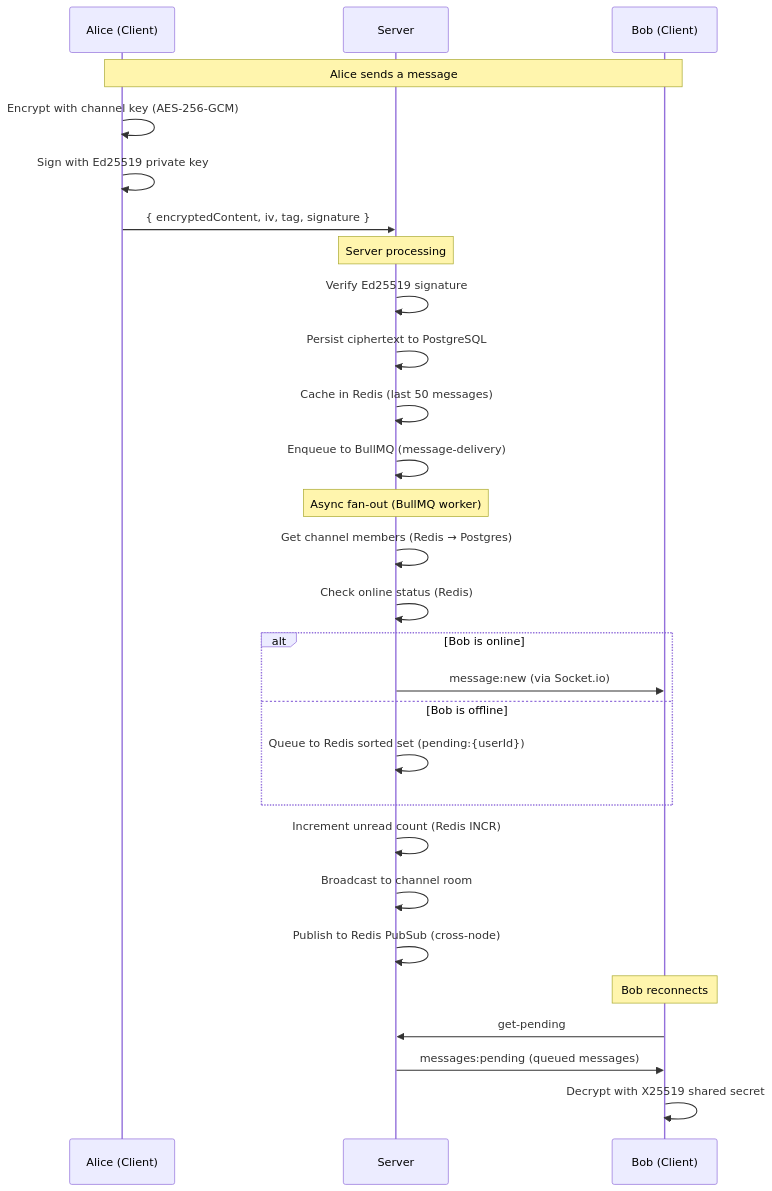
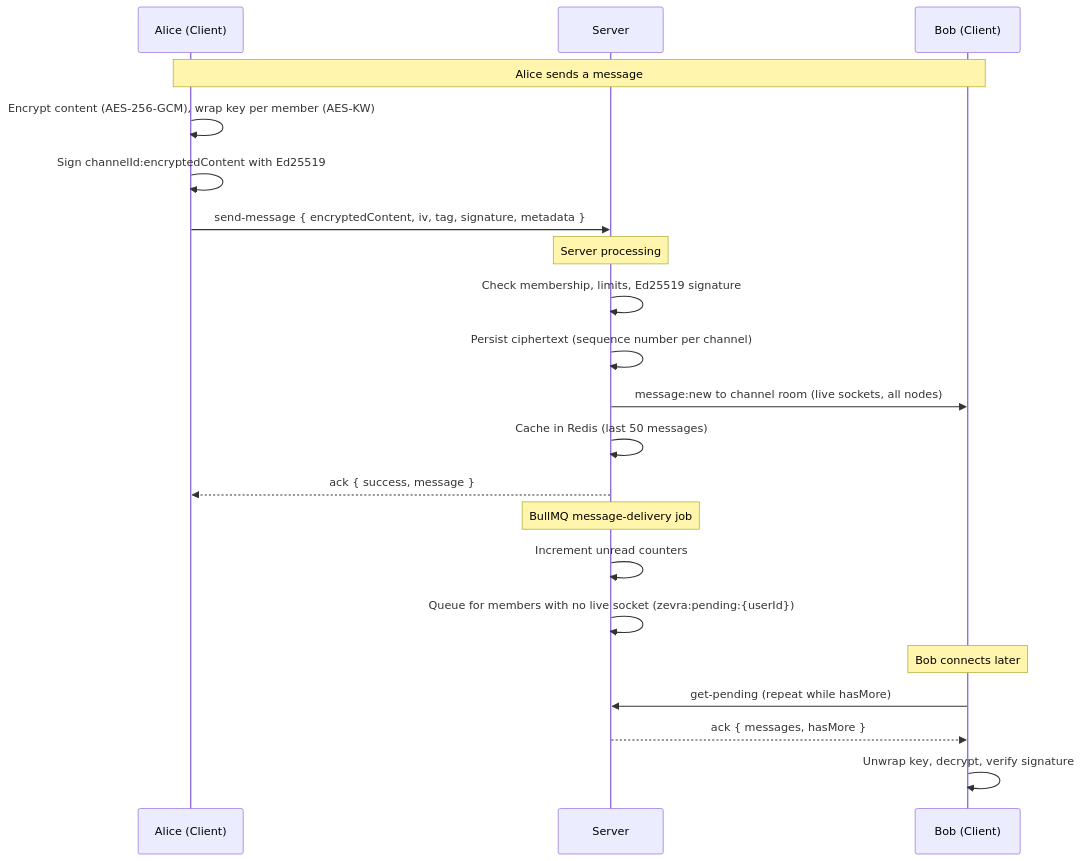
Before and after one commit to BazilSuhail/ZEVRA-Server: the second of 7 diagrams in README.md, drawn with Mermaid. The commit also changed other lines of this file and 125 other files, not shown here.

````diff
--- a/README.md
+++ b/README.md
@@ -103,36 +106,27 @@
 ```mermaid
 sequenceDiagram
     participant A as Alice (Client)
     participant S as Server
     participant B as Bob (Client)
 
     Note over A,B: Alice sends a message
-    A->>A: Encrypt with channel key (AES-256-GCM)
-    A->>A: Sign with Ed25519 private key
-    A->>S: { encryptedContent, iv, tag, signature }
+    A->>A: Encrypt content (AES-256-GCM), wrap key per member (AES-KW)
+    A->>A: Sign channelId:encryptedContent with Ed25519
+    A->>S: send-message { encryptedContent, iv, tag, signature, metadata }
 
     Note over S: Server processing
-    S->>S: Verify Ed25519 signature
-    S->>S: Persist ciphertext to PostgreSQL
+    S->>S: Check membership, limits, Ed25519 signature
+    S->>S: Persist ciphertext (sequence number per channel)
+    S->>B: message:new to channel room (live sockets, all nodes)
     S->>S: Cache in Redis (last 50 messages)
-    S->>S: Enqueue to BullMQ (message-delivery)
+    S-->>A: ack { success, message }
 
-    Note over S: Async fan-out (BullMQ worker)
-    S->>S: Get channel members (Redis → Postgres)
-    S->>S: Check online status (Redis)
+    Note over S: BullMQ message-delivery job
+    S->>S: Increment unread counters
+    S->>S: Queue for members with no live socket (zevra:pending:{userId})
 
-    alt Bob is online
-        S->>B: message:new (via Socket.io)
-    else Bob is offline
-        S->>S: Queue to Redis sorted set (pending:{userId})
-    end
-
-    S->>S: Increment unread count (Redis INCR)
-    S->>S: Broadcast to channel room
-    S->>S: Publish to Redis PubSub (cross-node)
-
-    Note over B: Bob reconnects
-    B->>S: get-pending
-    S->>B: messages:pending (queued messages)
-    B->>B: Decrypt with X25519 shared secret
+    Note over B: Bob connects later
+    B->>S: get-pending (repeat while hasMore)
+    S-->>B: ack { messages, hasMore }
+    B->>B: Unwrap key, decrypt, verify signature
 ```
````
